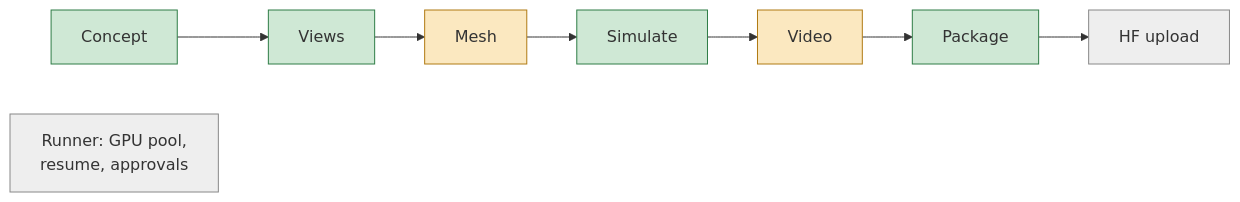
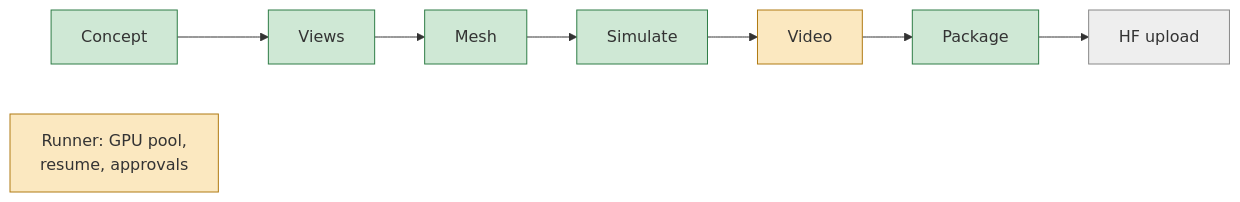
Before and after one commit to Hrrsmjd/flowarc: the fifth of 5 diagrams in docs/overview.md, drawn with Mermaid. The commit also changed other lines of this file, not shown here.

Commit message:
Overview: all PRs merged, bake-off result, mesh done

````diff
--- a/docs/overview.md
+++ b/docs/overview.md
@@ -108,8 +109,8 @@
 ```mermaid
 flowchart LR
     classDef done fill:#cfe8d5,stroke:#2f7d46
     classDef part fill:#fbe8c0,stroke:#b07a12
     classDef todo fill:#eeeeee,stroke:#888
-    c[Concept]:::done --> v[Views]:::done --> m[Mesh]:::part --> s[Simulate]:::done --> r[Video]:::part --> p[Package]:::done --> u[HF upload]:::todo
-    o[Runner: GPU pool,<br/>resume, approvals]:::todo
+    c[Concept]:::done --> v[Views]:::done --> m[Mesh]:::done --> s[Simulate]:::done --> r[Video]:::part --> p[Package]:::done --> u[HF upload]:::todo
+    o[Runner: GPU pool,<br/>resume, approvals]:::part
 ```
````
